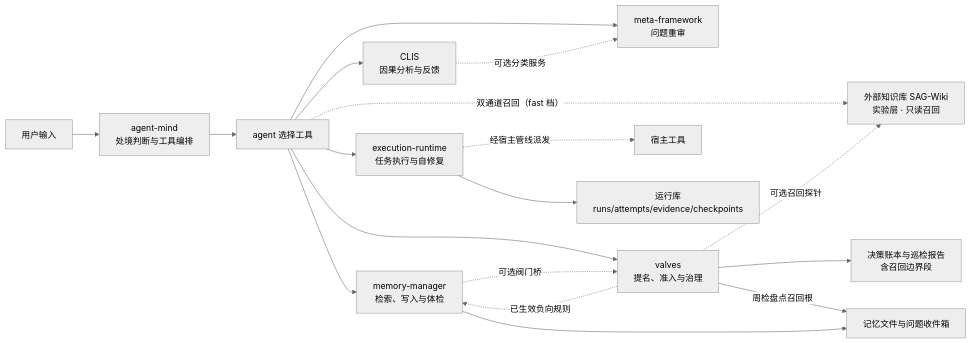
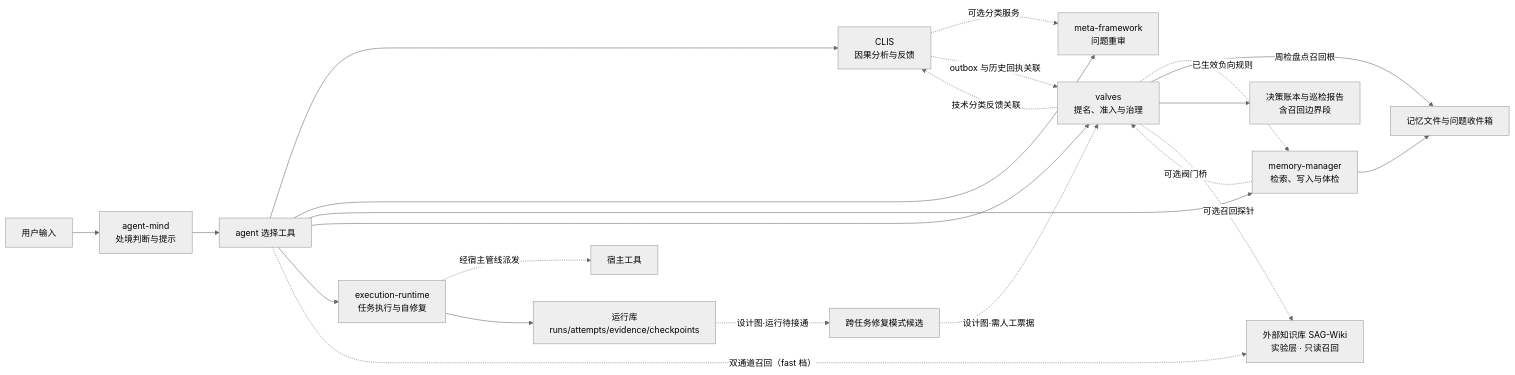
One commit to Chandlersn/dsh-mind-system changed the diagram in README.md. Above: the diagram before and after it, drawn with Mermaid (neutral theme). The commit also changed other lines of this file and 435 other files, not shown here.

````diff
--- a/README.md
+++ b/README.md
@@ -22,21 +22,25 @@
 ```mermaid
 flowchart LR
-    U[用户输入] --> M[agent-mind<br/>处境判断与工具编排]
+    U[用户输入] --> M[agent-mind<br/>处境判断与提示]
     M --> A[agent 选择工具]
     A --> C[CLIS<br/>因果分析与反馈]
     A --> F[meta-framework<br/>问题重审]
     A --> R[memory-manager<br/>检索、写入与体检]
     A --> V[valves<br/>提名、准入与治理]
     A --> X[execution-runtime<br/>任务执行与自修复]
     A -. 双通道召回（fast 档） .-> K
     C -. 可选分类服务 .-> F
+    C -. outbox 与历史回执关联 .-> V
+    V -. 技术分类反馈关联 .-> C
     R -. 可选阀门桥 .-> V
     V -. 已生效负向规则 .-> R
     V -->|周检盘点召回根| I
     R --> I[记忆文件与问题收件箱]
     V --> L[决策账本与巡检报告<br/>含召回边界段]
     V -. 可选召回探针 .-> K
     X -. 经宿主管线派发 .-> T[宿主工具]
     X --> S[运行库<br/>runs/attempts/evidence/checkpoints]
+    S -.设计图·运行待接通.-> Q[跨任务修复模式候选]
+    Q -.设计图·需人工票据.-> V
     K[外部知识库 SAG-Wiki<br/>实验层 · 只读召回]
 ```
````
